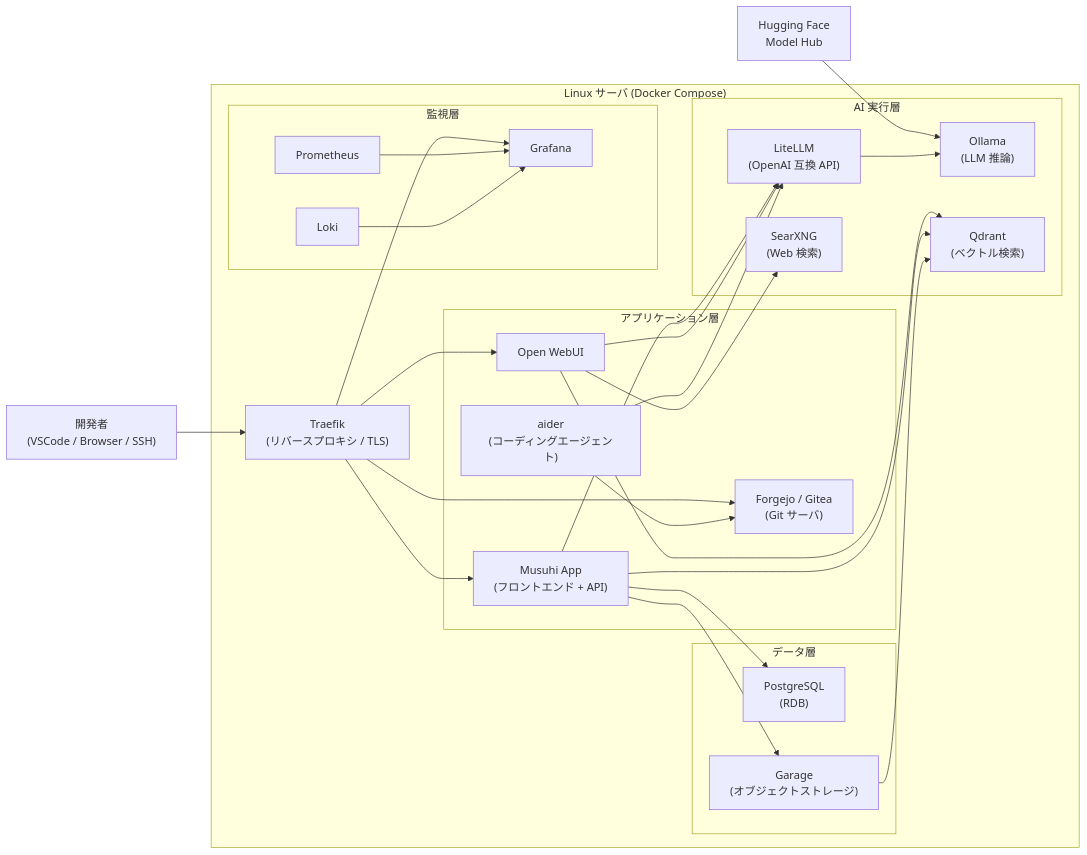
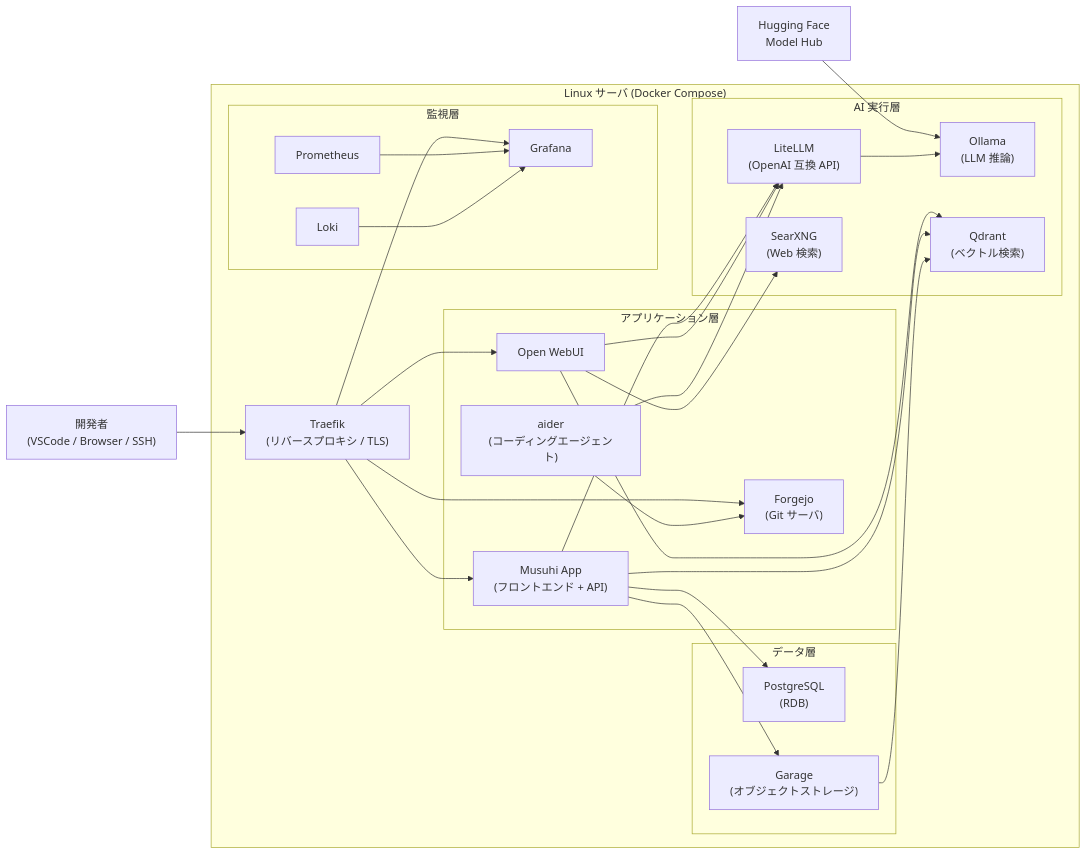
Before and after one commit to BossApe/lo-vibe: the first of 2 diagrams in _document/002.要件定義フェーズ/001.要件定義/001-03.システム構成定義書.md, drawn with Mermaid. The commit also changed other lines of this file and 38 other files, not shown here.

````diff
--- a/_document/002.要件定義フェーズ/001.要件定義/001-03.システム構成定義書.md
+++ b/_document/002.要件定義フェーズ/001.要件定義/001-03.システム構成定義書.md
@@ -32,54 +32,54 @@
 ```mermaid
 flowchart LR
     Dev["開発者<br>(VSCode / Browser / SSH)"]
     HF["Hugging Face<br>Model Hub"]
 
     subgraph LinuxServer["Linux サーバ (Docker Compose)"]
         Traefik["Traefik<br>(リバースプロキシ / TLS)"]
 
         subgraph AppLayer["アプリケーション層"]
             Musuhi["Musuhi App<br>(フロントエンド + API)"]
             OpenWebUI["Open WebUI"]
             Aider["aider<br>(コーディングエージェント)"]
-            Forgejo["Forgejo / Gitea<br>(Git サーバ)"]
+            Forgejo["Forgejo<br>(Git サーバ)"]
         end
 
         subgraph AILayer["AI 実行層"]
             LiteLLM["LiteLLM<br>(OpenAI 互換 API)"]
             Ollama["Ollama<br>(LLM 推論)"]
             Qdrant["Qdrant<br>(ベクトル検索)"]
             SearXNG["SearXNG<br>(Web 検索)"]
         end
 
         subgraph DataLayer["データ層"]
             PostgreSQL["PostgreSQL<br>(RDB)"]
             Garage["Garage<br>(オブジェクトストレージ)"]
         end
 
         subgraph ObsLayer["監視層"]
             Prometheus["Prometheus"]
             Grafana["Grafana"]
             Loki["Loki"]
         end
     end
 
     Dev --> Traefik
     HF --> Ollama
     Traefik --> Musuhi
     Traefik --> OpenWebUI
     Traefik --> Forgejo
     Traefik --> Grafana
     Musuhi --> LiteLLM
     Musuhi --> PostgreSQL
     Musuhi --> Garage
     OpenWebUI --> LiteLLM
     Aider --> LiteLLM
     Aider --> Forgejo
     LiteLLM --> Ollama
     OpenWebUI --> Qdrant
     Musuhi --> Qdrant
     OpenWebUI --> SearXNG
     Prometheus --> Grafana
     Loki --> Grafana
     Garage --> Qdrant
 ```
````
